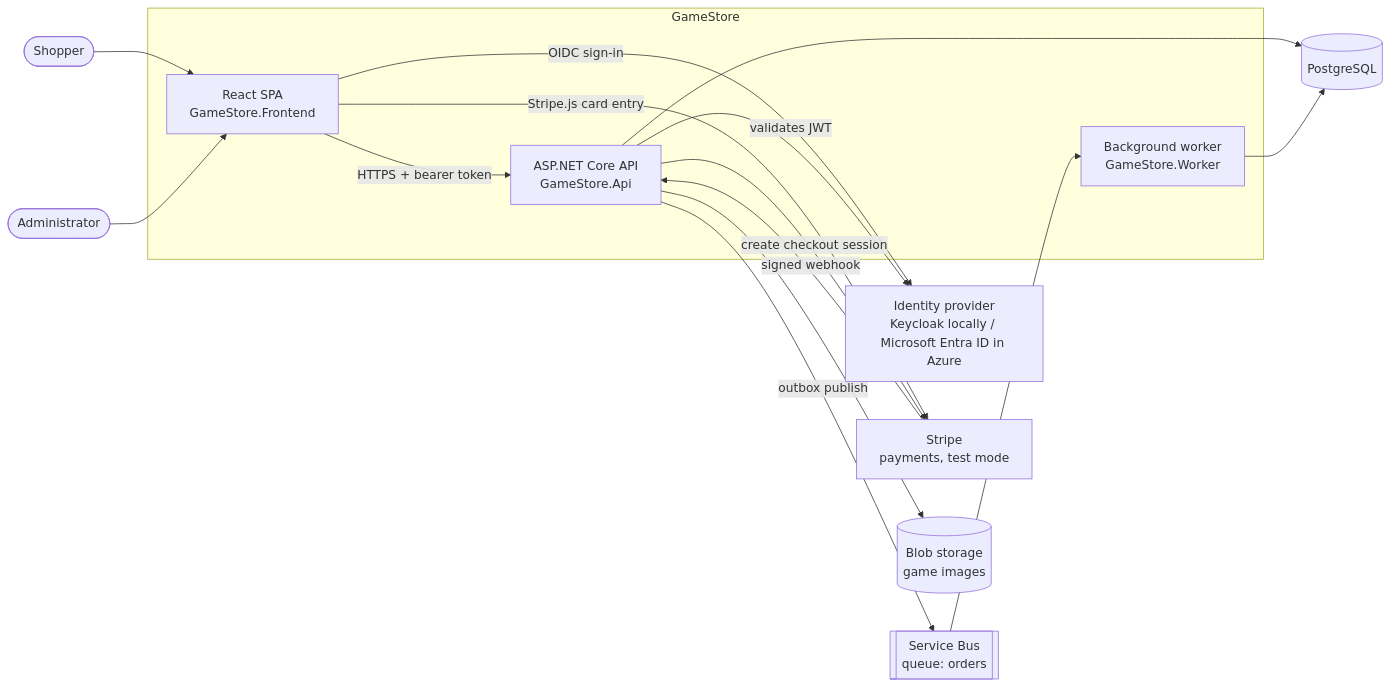
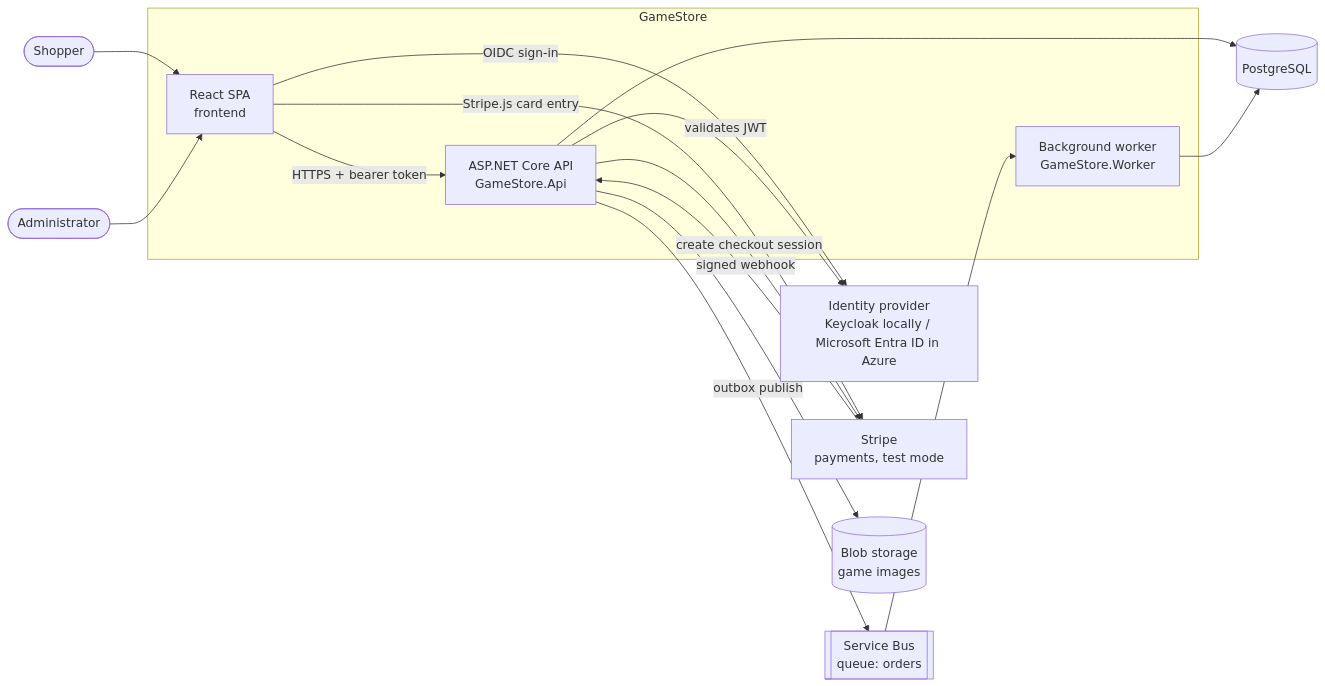
Before and after one commit to Axeloooo/GameStore: the first of 13 diagrams in docs/architecture.md, drawn with Mermaid. The commit also changed other lines of this file and 10 other files, not shown here.

````diff
--- a/docs/architecture.md
+++ b/docs/architecture.md
@@ -25,31 +25,31 @@
 ```mermaid
 flowchart LR
     shopper(["Shopper"])
     admin(["Administrator"])
 
     subgraph gamestore["GameStore"]
-        spa["React SPA<br/>GameStore.Frontend"]
+        spa["React SPA<br/>frontend"]
         api["ASP.NET Core API<br/>GameStore.Api"]
         worker["Background worker<br/>GameStore.Worker"]
     end
 
     idp["Identity provider<br/>Keycloak locally / Microsoft Entra ID in Azure"]
     stripe["Stripe<br/>payments, test mode"]
     db[("PostgreSQL")]
     blobs[("Blob storage<br/>game images")]
     bus[["Service Bus<br/>queue: orders"]]
 
     shopper --> spa
     admin --> spa
     spa -->|"OIDC sign-in"| idp
     spa -->|"HTTPS + bearer token"| api
     spa -->|"Stripe.js card entry"| stripe
     api -->|"validates JWT"| idp
     api -->|"create checkout session"| stripe
     stripe -->|"signed webhook"| api
     api --> db
     api --> blobs
     api -->|"outbox publish"| bus
     bus --> worker
     worker --> db
 ```
````
